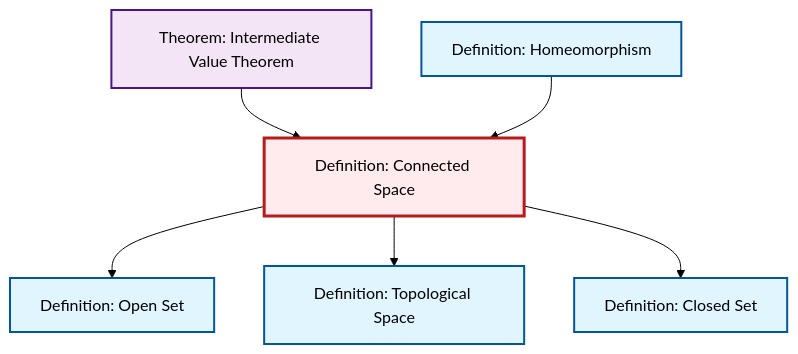
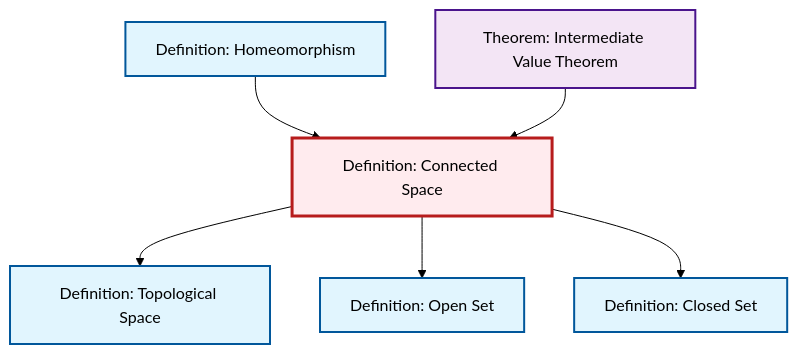
Before and after one commit to RK0429/ModernMath: the diagram in content/en/topology/def-connected.qmd, drawn with Mermaid (forest theme). The commit also changed other lines of this file and 672 other files, not shown here.

````diff
--- a/content/en/topology/def-connected.qmd
+++ b/content/en/topology/def-connected.qmd
@@ -53,26 +53,26 @@
 ```{mermaid}
 %%| fig-cap: "Local dependency graph"
 graph TD
     classDef definition fill:#e1f5fe,stroke:#01579b,stroke-width:2px
     classDef theorem fill:#f3e5f5,stroke:#4a148c,stroke-width:2px
     classDef axiom fill:#fff3e0,stroke:#e65100,stroke-width:2px
     classDef example fill:#e8f5e9,stroke:#1b5e20,stroke-width:2px
     classDef current fill:#ffebee,stroke:#b71c1c,stroke-width:3px
+    def-topological-space["Definition: Topological Space"]:::definition
+    def-homeomorphism["Definition: Homeomorphism"]:::definition
+    def-closed-set["Definition: Closed Set"]:::definition
     thm-intermediate-value["Theorem: Intermediate Value Theorem"]:::theorem
     def-open-set["Definition: Open Set"]:::definition
     def-connected["Definition: Connected Space"]:::definition
-    def-homeomorphism["Definition: Homeomorphism"]:::definition
-    def-topological-space["Definition: Topological Space"]:::definition
-    def-closed-set["Definition: Closed Set"]:::definition
+    def-connected --> def-topological-space
+    def-homeomorphism --> def-connected
     def-connected --> def-open-set
+    def-connected --> def-closed-set
     thm-intermediate-value --> def-connected
-    def-connected --> def-topological-space
-    def-connected --> def-closed-set
-    def-homeomorphism --> def-connected
     class def-connected current
+    click def-topological-space "def-topological-space.html" "Go to Topological Space definition"
+    click def-homeomorphism "def-homeomorphism.html" "Go to Homeomorphism definition"
+    click def-closed-set "def-closed-set.html" "Go to Closed Set definition"
     click thm-intermediate-value "thm-intermediate-value.html" "Go to Intermediate Value Theorem theorem"
     click def-open-set "def-open-set.html" "Go to Open Set definition"
-    click def-homeomorphism "def-homeomorphism.html" "Go to Homeomorphism definition"
-    click def-topological-space "def-topological-space.html" "Go to Topological Space definition"
-    click def-closed-set "def-closed-set.html" "Go to Closed Set definition"
 ```
````
